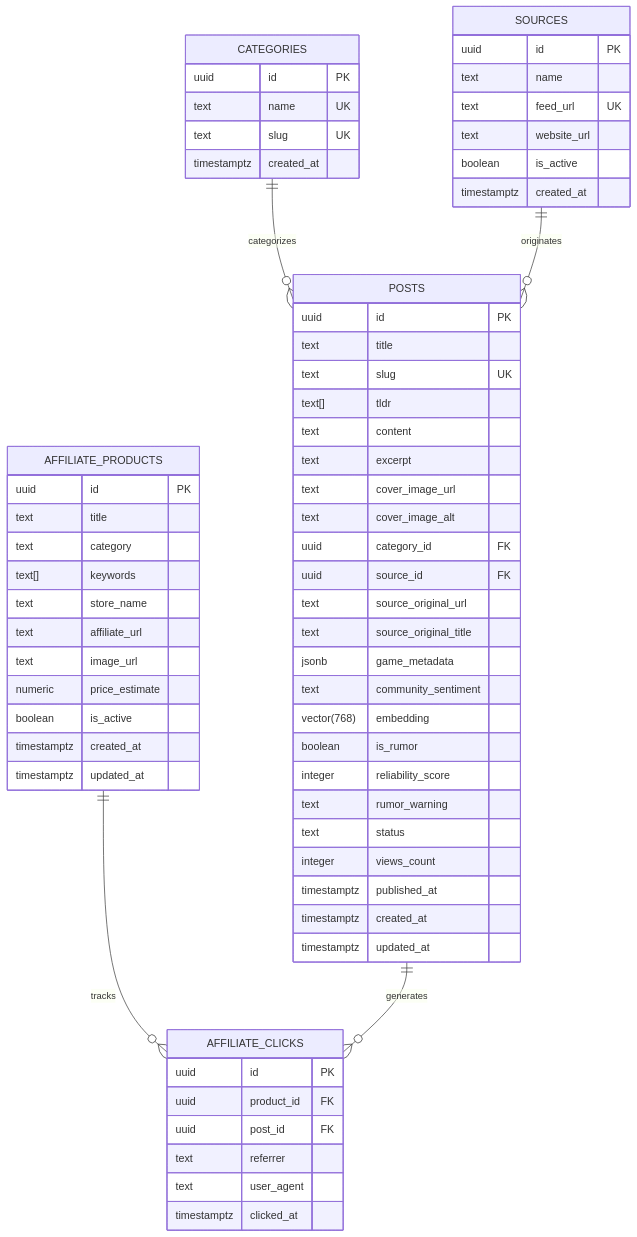
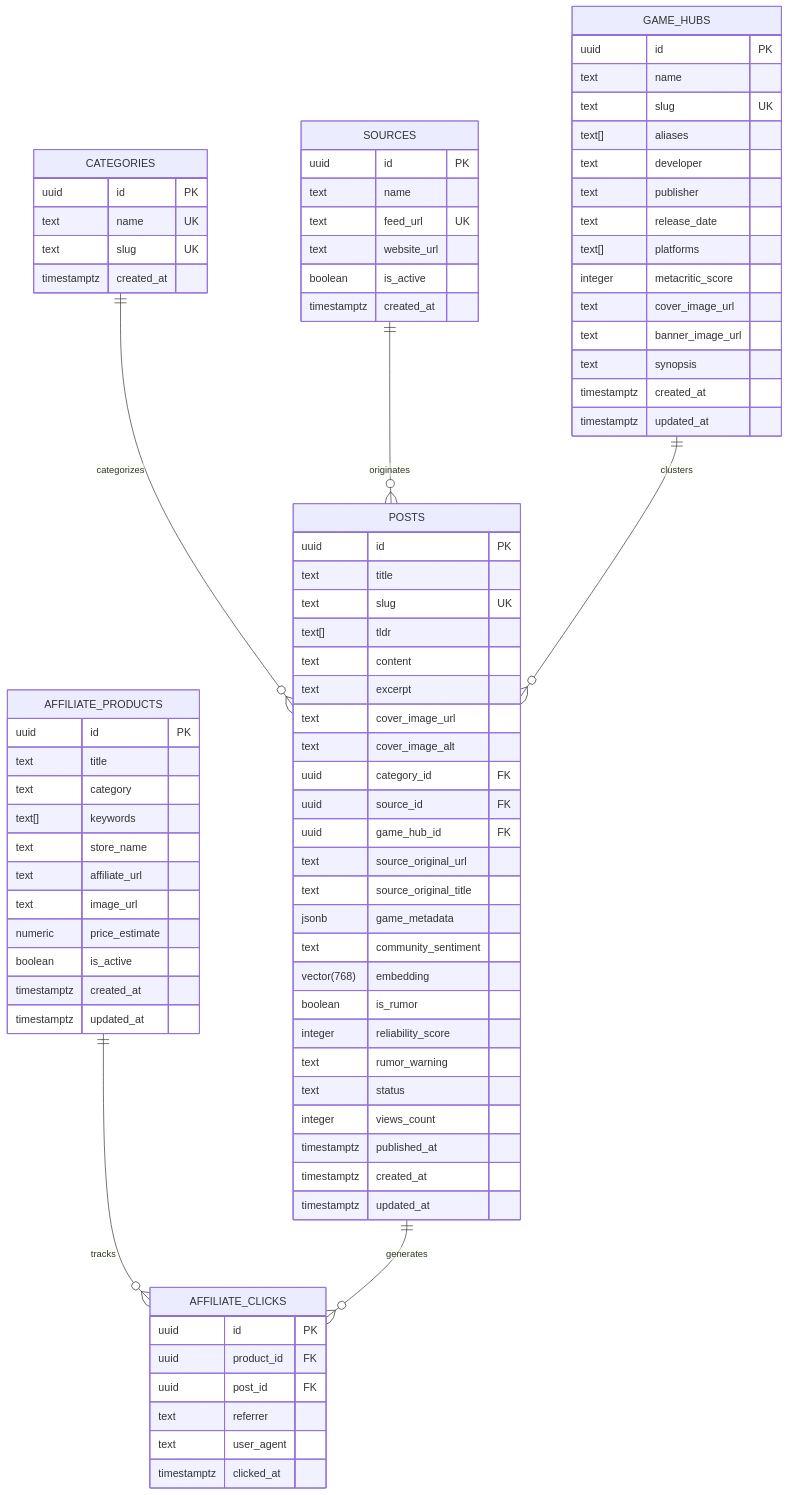
Before and after one commit to JuanBMMontesinos/AIGamePortal: the diagram in docs/database.md, drawn with Mermaid. The commit also changed other lines of this file and 17 other files, not shown here.

Commit message:
feat: implement permanent game hubs feature with dynamic routing, database migrations, and news synchronization

````diff
--- a/docs/database.md
+++ b/docs/database.md
@@ -10,6 +10,7 @@
 erDiagram
     CATEGORIES ||--o{ POSTS : categorizes
     SOURCES ||--o{ POSTS : originates
+    GAME_HUBS ||--o{ POSTS : clusters
     AFFILIATE_PRODUCTS ||--o{ AFFILIATE_CLICKS : tracks
     POSTS ||--o{ AFFILIATE_CLICKS : generates
 
@@ -40,6 +41,7 @@
         text cover_image_alt
         uuid category_id FK
         uuid source_id FK
+        uuid game_hub_id FK
         text source_original_url
         text source_original_title
         jsonb game_metadata
@@ -77,4 +79,21 @@
         text user_agent
         timestamptz clicked_at
     }
+
+    GAME_HUBS {
+        uuid id PK
+        text name
+        text slug UK
+        text[] aliases
+        text developer
+        text publisher
+        text release_date
+        text[] platforms
+        integer metacritic_score
+        text cover_image_url
+        text banner_image_url
+        text synopsis
+        timestamptz created_at
+        timestamptz updated_at
+    }
 ```
````
